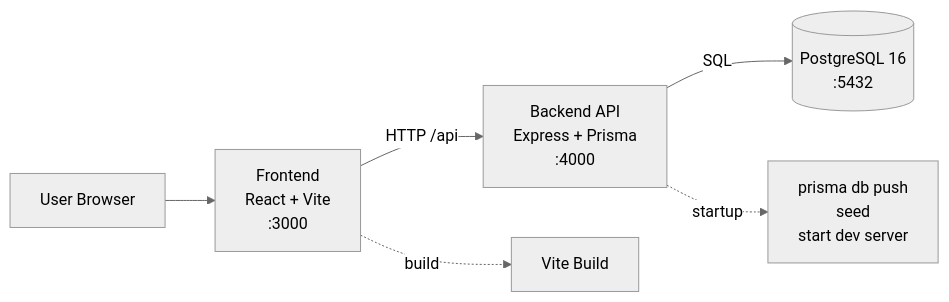
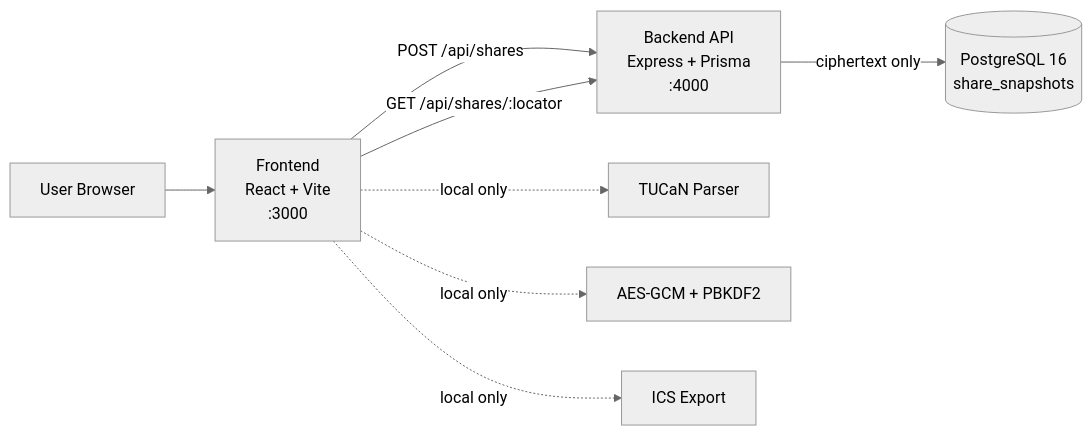
Before and after one commit to Pianokruemel/semester-planner: the diagram in README.md, drawn with Mermaid (neutral theme). The commit also changed other lines of this file and 13537 other files, not shown here.

````diff
--- a/README.md
+++ b/README.md
@@ -55,9 +81,11 @@
 ```mermaid
 flowchart LR
   User[User Browser] --> FE[Frontend\nReact + Vite\n:3000]
-  FE -->|HTTP /api| BE[Backend API\nExpress + Prisma\n:4000]
-  BE -->|SQL| DB[(PostgreSQL 16\n:5432)]
+  FE -->|POST /api/shares| BE[Backend API\nExpress + Prisma\n:4000]
+  FE -->|GET /api/shares/:locator| BE
+  BE -->|ciphertext only| DB[(PostgreSQL 16\nshare_snapshots)]
 
-  FE -. build .-> Vite[Vite Build]
-  BE -. startup .-> Init[prisma db push\nseed\nstart dev server]
+  FE -. local only .-> Parse[TUCaN Parser]
+  FE -. local only .-> Crypto[AES-GCM + PBKDF2]
+  FE -. local only .-> Export[ICS Export]
 ```
````
